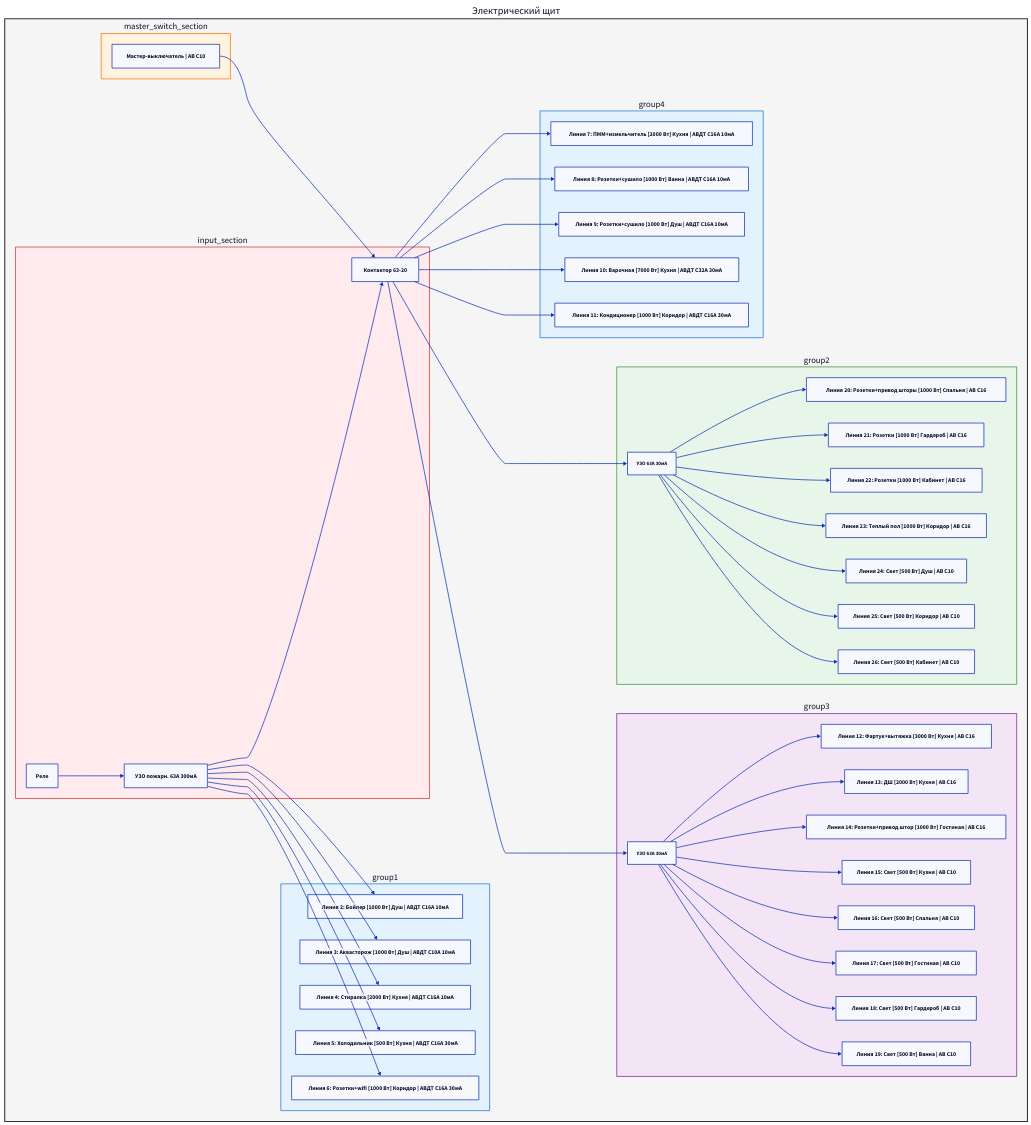
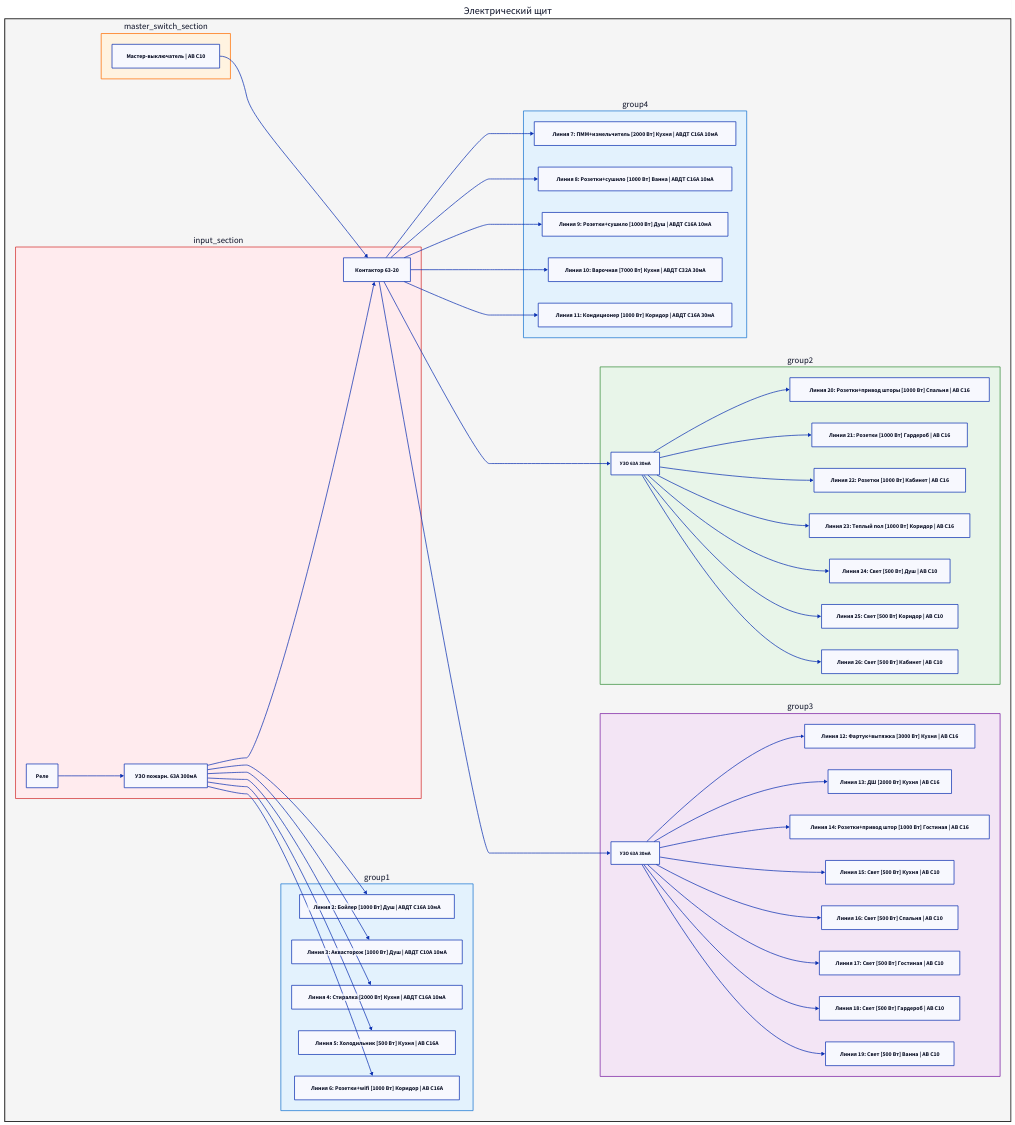
Before and after one commit to andreyzebin/piters-life: the diagram in electric-panel/panel.d2, drawn with D2.

Commit message:
Update breaker types for lines 5-6: change from АВДТ to АВ C16A

```diff
--- a/electric-panel/panel.d2
+++ b/electric-panel/panel.d2
@@ -1,160 +1,160 @@
 # СХЕМА ЭЛЕКТРИЧЕСКОГО ЩИТА
 
 direction: right
 
 electric_panel: Электрический щит {
   shape: rectangle
   style: {
     stroke: "#333333"
     fill: "#F5F5F5"
     stroke-width: 3
   }
 
   # === ВВОДНАЯ ЧАСТЬ ===
   input_section: {
     shape: rectangle
     style: {
       stroke: "#D32F2F"
       fill: "#FFEBEE"
     }
 
     relay: Реле
     fire_rcd: УЗО пожарн. 63A 300мА {
       style: {
         bold: true
       }
     }
     contactor: Контактор 63-20
 
     relay -> fire_rcd
     fire_rcd -> contactor
   }
 
   # === МАСТЕР-ВЫКЛЮЧАТЕЛЬ ===
   master_switch_section: {
     shape: rectangle
     style: {
       stroke: "#FF6F00"
       fill: "#FFF3E0"
     }
 
     master_switch: "Мастер-выключатель | АВ C10"
   }
 
   # === ГРУППА 1: ЛИНИИ 2-6 ===
   group1: {
     shape: rectangle
     style: {
       stroke: "#1976D2"
       fill: "#E3F2FD"
     }
 
     line2: "Линия 2: Бойлер [1000 Вт] Душ | АВДТ C16A 10мА"
     line3: "Линия 3: Аквасторож [1000 Вт] Душ | АВДТ C10A 10мА"
     line4: "Линия 4: Стиралка [2000 Вт] Кухня | АВДТ C16A 10мА"
-    line5: "Линия 5: Холодильник [500 Вт] Кухня | АВДТ C16A 30мА"
-    line6: "Линия 6: Розетки+wifi [1000 Вт] Коридор | АВДТ C16A 30мА"
+    line5: "Линия 5: Холодильник [500 Вт] Кухня | АВ C16A"
+    line6: "Линия 6: Розетки+wifi [1000 Вт] Коридор | АВ C16A"
   }
 
   # === ГРУППА 4: ЛИНИИ 7-11 ===
   group4: {
     shape: rectangle
     style: {
       stroke: "#1976D2"
       fill: "#E3F2FD"
     }
 
     line7: "Линия 7: ПММ+измельчитель [2000 Вт] Кухня | АВДТ C16A 10мА"
     line8: "Линия 8: Розетки+сушило [1000 Вт] Ванна | АВДТ C16A 10мА"
     line9: "Линия 9: Розетки+сушило [1000 Вт] Душ | АВДТ C16A 10мА"
     line10: "Линия 10: Варочная [7000 Вт] Кухня | АВДТ C32A 30мА"
     line11: "Линия 11: Кондиционер [1000 Вт] Коридор | АВДТ C16A 30мА"
   }
 
   # === ГРУППА 2: ЛИНИИ 20-26 (УЗО 63A 30мА) ===
   group2: {
     shape: rectangle
     style: {
       stroke: "#388E3C"
       fill: "#E8F5E9"
     }
 
     group2_rcd: УЗО 63A 30мА {
       style: {
         bold: true
         font-size: 14
       }
     }
 
     line20: "Линия 20: Розетки+привод шторы [1000 Вт] Спальня | АВ C16"
     line21: "Линия 21: Розетки [1000 Вт] Гардероб | АВ C16"
     line22: "Линия 22: Розетки [1000 Вт] Кабинет | АВ C16"
     line23: "Линия 23: Теплый пол [1000 Вт] Коридор | АВ C16"
     line24: "Линия 24: Свет [500 Вт] Душ | АВ C10"
     line25: "Линия 25: Свет [500 Вт] Коридор | АВ C10"
     line26: "Линия 26: Свет [500 Вт] Кабинет | АВ C10"
 
     group2_rcd -> line20
     group2_rcd -> line21
     group2_rcd -> line22
     group2_rcd -> line23
     group2_rcd -> line24
     group2_rcd -> line25
     group2_rcd -> line26
   }
 
   # === ГРУППА 3: ЛИНИИ 12-19 (УЗО 63A 30мА) ===
   group3: {
     shape: rectangle
     style: {
       stroke: "#7B1FA2"
       fill: "#F3E5F5"
     }
 
     group3_rcd: УЗО 63A 30мА {
       style: {
         bold: true
         font-size: 14
       }
     }
 
     line12: "Линия 12: Фартук+вытяжка [3000 Вт] Кухня | АВ C16"
     line13: "Линия 13: ДШ [2000 Вт] Кухня | АВ C16"
     line14: "Линия 14: Розетки+привод штор [1000 Вт] Гостиная | АВ C16"
     line15: "Линия 15: Свет [500 Вт] Кухня | АВ C10"
     line16: "Линия 16: Свет [500 Вт] Спальня | АВ C10"
     line17: "Линия 17: Свет [500 Вт] Гостиная | АВ C10"
     line18: "Линия 18: Свет [500 Вт] Гардероб | АВ C10"
     line19: "Линия 19: Свет [500 Вт] Ванна | АВ C10"
 
     group3_rcd -> line12
     group3_rcd -> line13
     group3_rcd -> line14
     group3_rcd -> line15
     group3_rcd -> line16
     group3_rcd -> line17
     group3_rcd -> line18
     group3_rcd -> line19
   }
 
   # Подключение групп к вводной части
   # Мастер-выключатель идет к контактору через АВ C10
   master_switch_section.master_switch -> input_section.contactor
 
   # Группа 1 (линии 2-11) - каждая линия подключается напрямую к fire_rcd
   input_section.fire_rcd -> group1.line2
   input_section.fire_rcd -> group1.line3
   input_section.fire_rcd -> group1.line4
   input_section.fire_rcd -> group1.line5
   input_section.fire_rcd -> group1.line6
 
   input_section.contactor -> group4.line7
   input_section.contactor -> group4.line8
   input_section.contactor -> group4.line9
   input_section.contactor -> group4.line10
   input_section.contactor -> group4.line11
 
   # Группы 2 и 3 (линии 12-26) подключаются через контактор
   input_section.contactor -> group2.group2_rcd
   input_section.contactor -> group3.group3_rcd
 }
```
